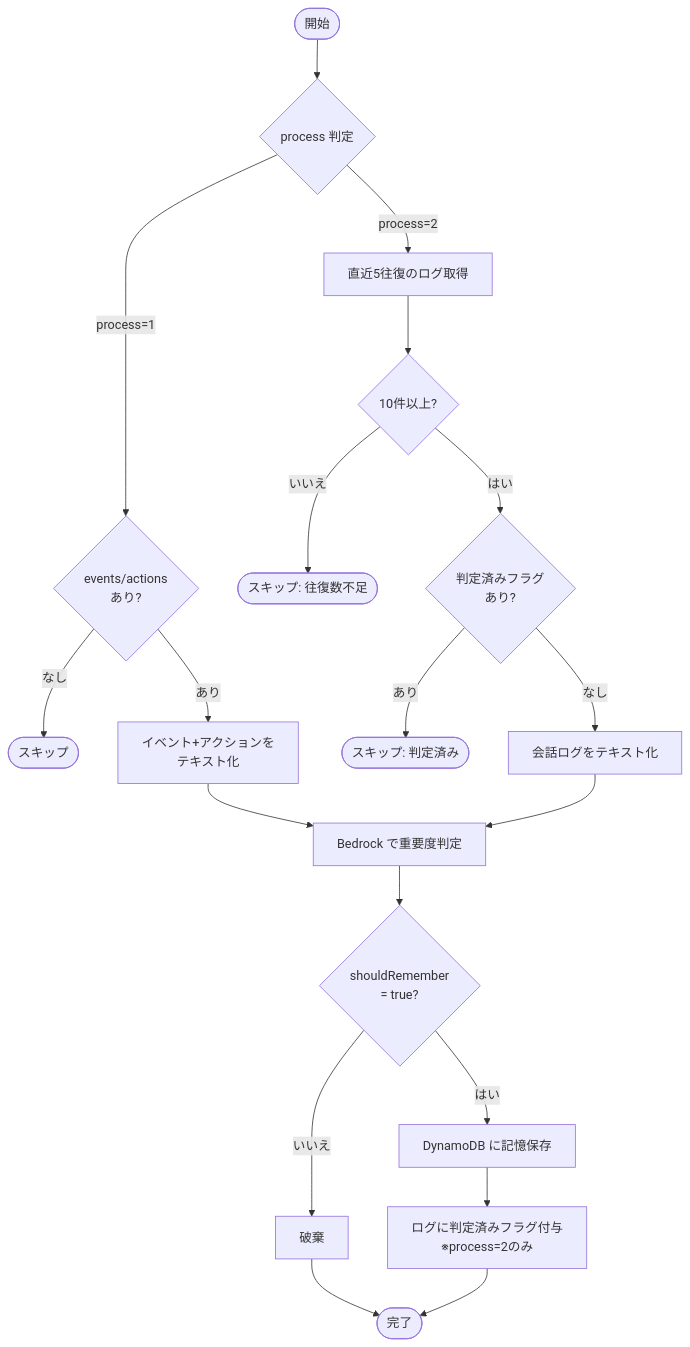
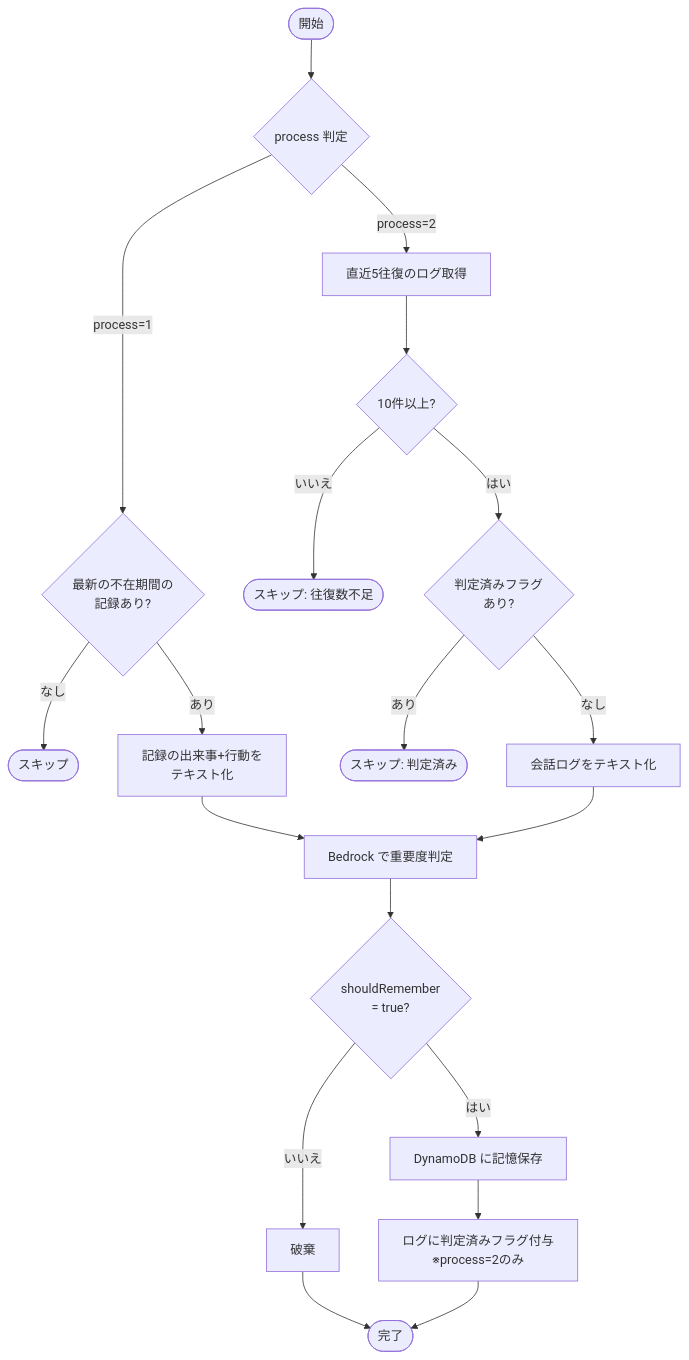
The ninth of 10 diagrams in README.md (yatohana1231-ux/vtuber-simulator-api), drawn with Mermaid before and after one commit. The commit also changed other lines of this file and 3 other files, not shown here.

````diff
--- a/README.md
+++ b/README.md
@@ -358,24 +385,24 @@
 ```mermaid
 flowchart TD
     START([開始]) --> CHECK_PROCESS{process 判定}
-    CHECK_PROCESS -->|process=1| P1_CHECK{events/actions<br/>あり?}
+    CHECK_PROCESS -->|process=1| P1_CHECK{最新の不在期間の<br/>記録あり?}
     CHECK_PROCESS -->|process=2| P2_LOGS[直近5往復のログ取得]
 
     P1_CHECK -->|なし| SKIP1([スキップ])
-    P1_CHECK -->|あり| P1_INPUT[イベント+アクションを<br/>テキスト化]
+    P1_CHECK -->|あり| P1_INPUT[記録の出来事+行動を<br/>テキスト化]
 
     P2_LOGS --> P2_COUNT{10件以上?}
     P2_COUNT -->|いいえ| SKIP2([スキップ: 往復数不足])
     P2_COUNT -->|はい| P2_JUDGED{判定済みフラグ<br/>あり?}
     P2_JUDGED -->|あり| SKIP3([スキップ: 判定済み])
     P2_JUDGED -->|なし| P2_INPUT[会話ログをテキスト化]
 
     P1_INPUT --> JUDGE[Bedrock で重要度判定]
     P2_INPUT --> JUDGE
     JUDGE --> FILTER{shouldRemember<br/>= true?}
     FILTER -->|はい| SAVE[DynamoDB に記憶保存]
     FILTER -->|いいえ| DISCARD[破棄]
     SAVE --> MARK[ログに判定済みフラグ付与<br/>※process=2のみ]
     DISCARD --> END_([完了])
     MARK --> END_
 ```
````
